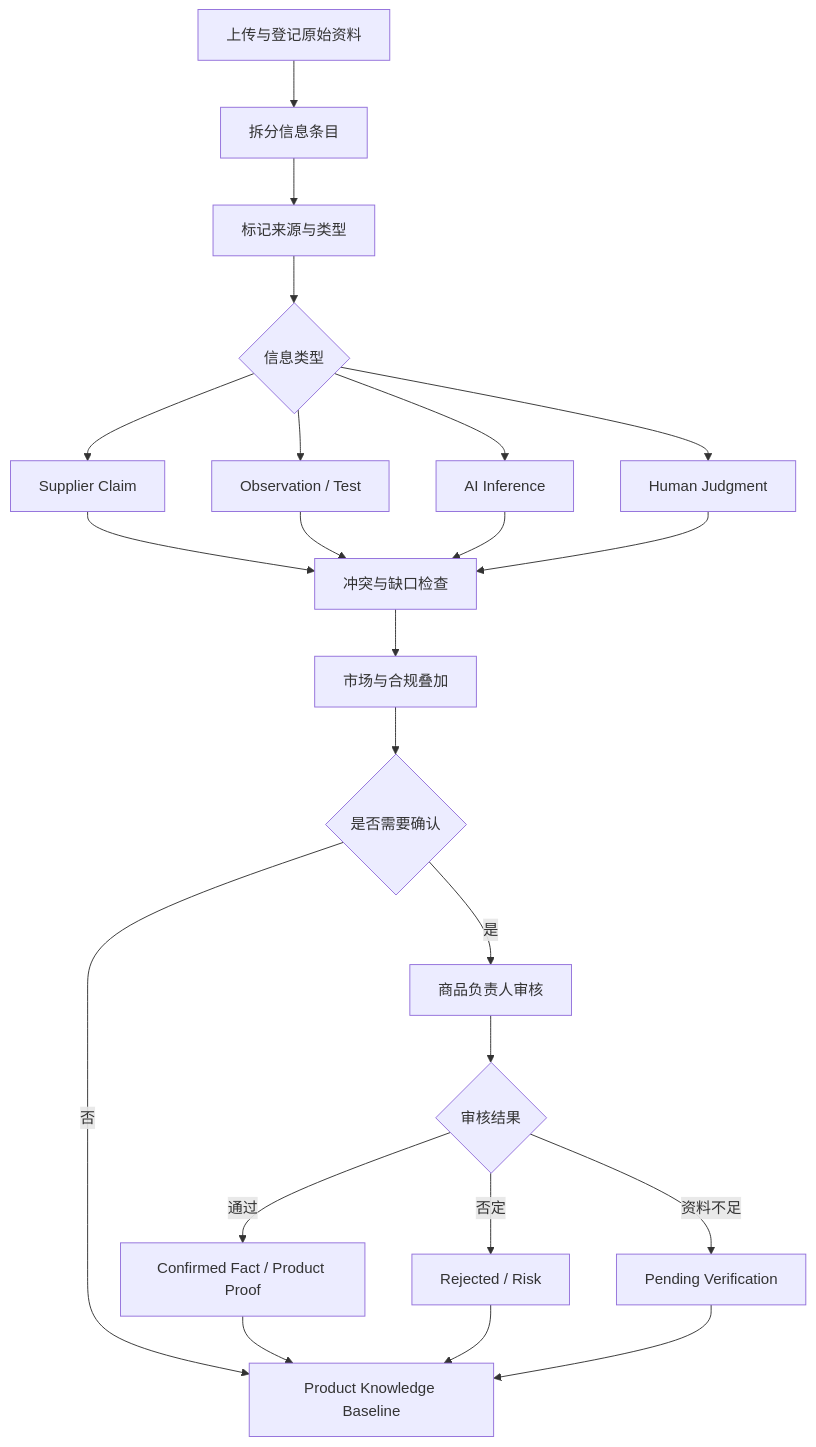
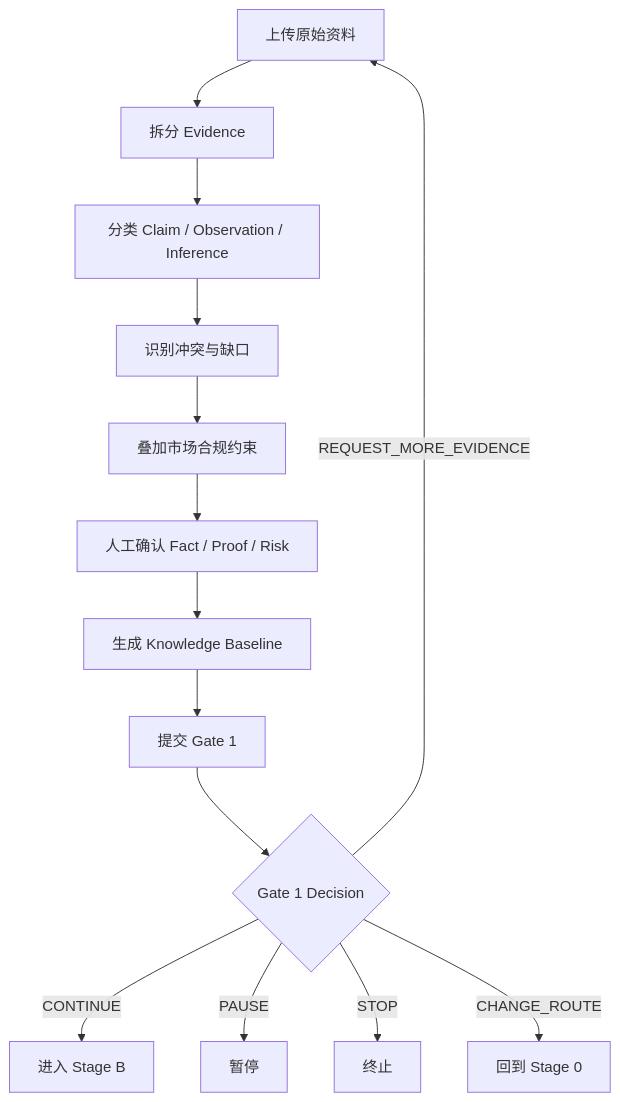
The third of 7 diagrams in 04_RELEASE_1_BUSINESS_PROCESS.md (SONG-36/TK_Video_Intelligence_Workbench), drawn with Mermaid before and after one commit. The commit also changed other lines of this file and 8 other files, not shown here.

````diff
--- a/04_RELEASE_1_BUSINESS_PROCESS.md
+++ b/04_RELEASE_1_BUSINESS_PROCESS.md
@@ -159,36 +135,19 @@
 ```mermaid
 flowchart TB
-    A[上传与登记原始资料]
-    B[拆分信息条目]
-    C[标记来源与类型]
-    D{信息类型}
-    E[Supplier Claim]
-    F[Observation / Test]
-    G[AI Inference]
-    H[Human Judgment]
-    I[冲突与缺口检查]
-    J[市场与合规叠加]
-    K{是否需要确认}
-    L[商品负责人审核]
-    M{审核结果}
-    N[Confirmed Fact / Product Proof]
-    O[Rejected / Risk]
-    P[Pending Verification]
-    Q[Product Knowledge Baseline]
+    A[上传原始资料]
+    B[拆分 Evidence]
+    C[分类 Claim / Observation / Inference]
+    D[识别冲突与缺口]
+    E[叠加市场合规约束]
+    F[人工确认 Fact / Proof / Risk]
+    G[生成 Knowledge Baseline]
+    H[提交 Gate 1]
+    I{Gate 1 Decision}
 
-    A --> B --> C --> D
-    D --> E
-    D --> F
-    D --> G
-    D --> H
-    E --> I
-    F --> I
-    G --> I
-    H --> I
-    I --> J --> K
-    K -- 否 --> Q
-    K -- 是 --> L --> M
-    M -- 通过 --> N --> Q
-    M -- 否定 --> O --> Q
-    M -- 资料不足 --> P --> Q
+    A --> B --> C --> D --> E --> F --> G --> H --> I
+    I -- CONTINUE --> J[进入 Stage B]
+    I -- REQUEST_MORE_EVIDENCE --> A
+    I -- PAUSE --> P[暂停]
+    I -- STOP --> S[终止]
+    I -- CHANGE_ROUTE --> R[回到 Stage 0]
 ```
````
